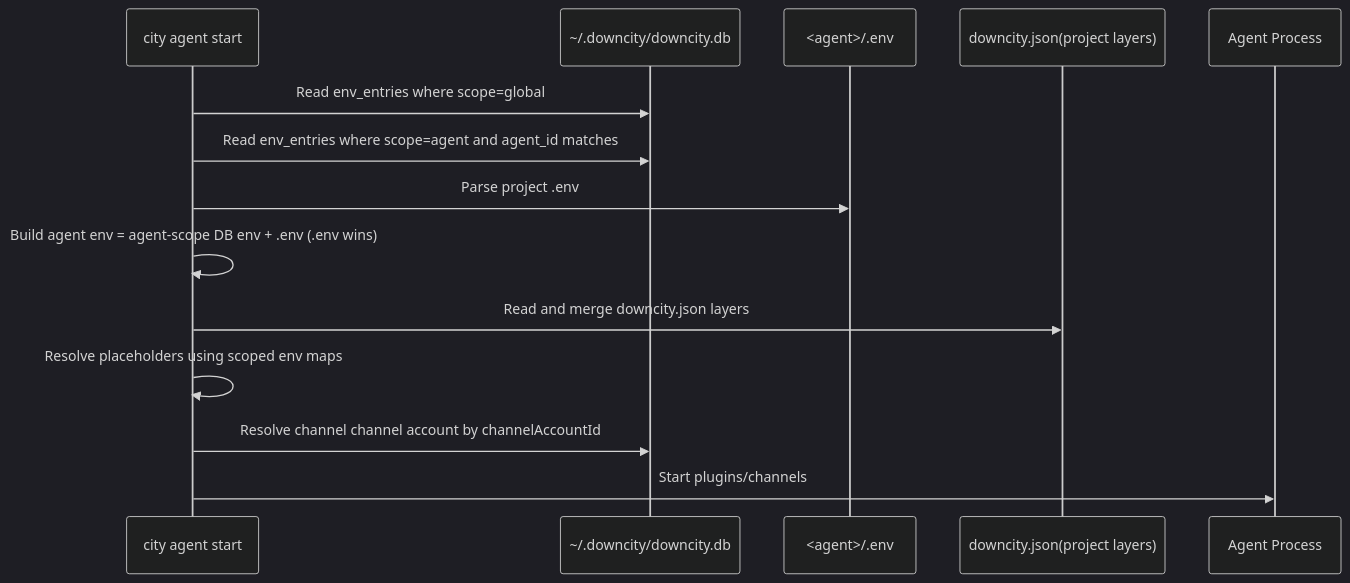
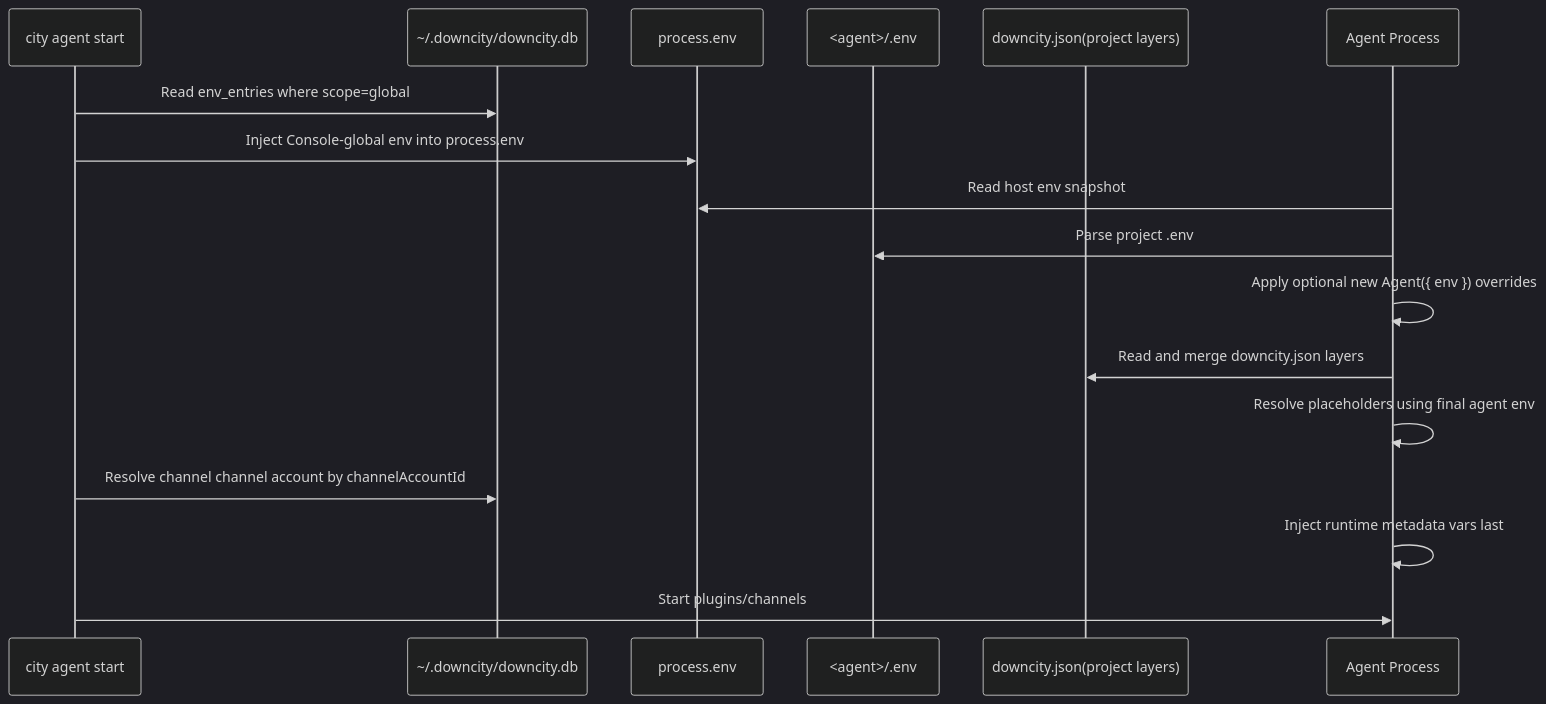
Before and after one commit to wangenius/downcity: the first of 2 diagrams in homepage/content/docs/en/configuration/environment-variables.mdx, drawn with Mermaid (dark theme). The commit also changed other lines of this file and 28 other files, not shown here.

Commit message:
refactor(env): simplify agent and city env pipeline

````diff
--- a/homepage/content/docs/en/configuration/environment-variables.mdx
+++ b/homepage/content/docs/en/configuration/environment-variables.mdx
@@ -36,17 +38,20 @@
 ```mermaid
 sequenceDiagram
   participant CLI as city agent start
   participant DB as ~/.downcity/downcity.db
+  participant PROC as process.env
   participant ENV as <agent>/.env
   participant JSON as downcity.json(project layers)
   participant RT as Agent Process
 
   CLI->>DB: Read env_entries where scope=global
-  CLI->>DB: Read env_entries where scope=agent and agent_id matches
-  CLI->>ENV: Parse project .env
-  CLI->>CLI: Build agent env = agent-scope DB env + .env (.env wins)
-  CLI->>JSON: Read and merge downcity.json layers
-  CLI->>CLI: Resolve placeholders using scoped env maps
+  CLI->>PROC: Inject Console-global env into process.env
+  RT->>PROC: Read host env snapshot
+  RT->>ENV: Parse project .env
+  RT->>RT: Apply optional new Agent({ env }) overrides
+  RT->>JSON: Read and merge downcity.json layers
+  RT->>RT: Resolve placeholders using final agent env
   CLI->>DB: Resolve channel channel account by channelAccountId
+  RT->>RT: Inject runtime metadata vars last
   CLI->>RT: Start plugins/channels
 ```
````
